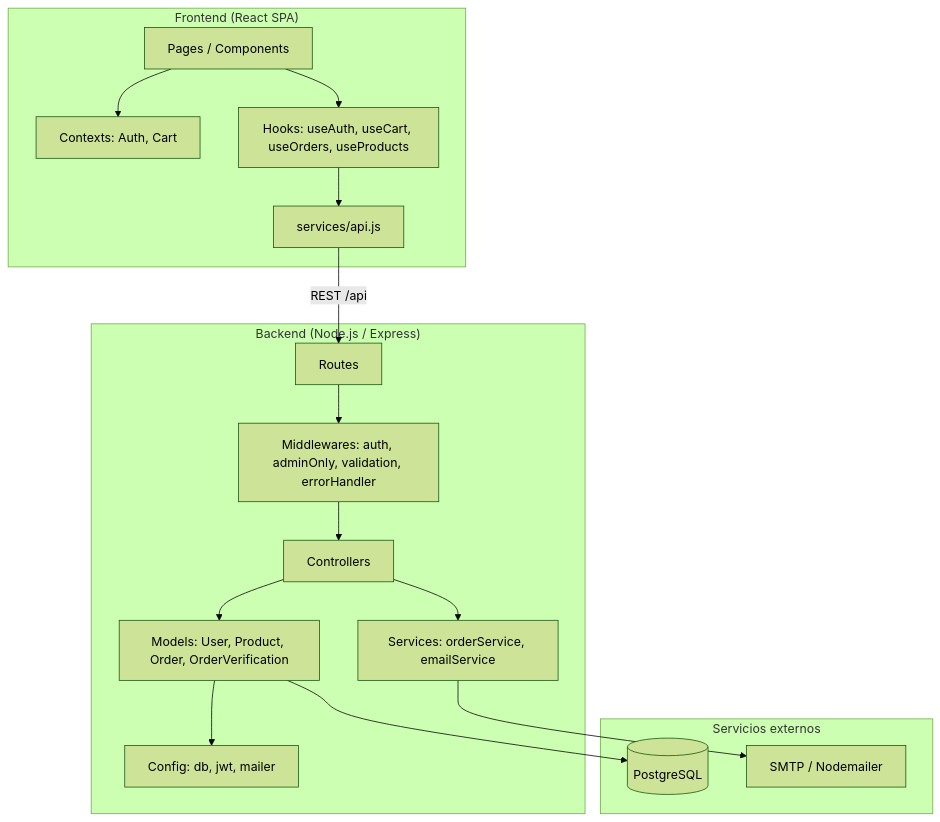
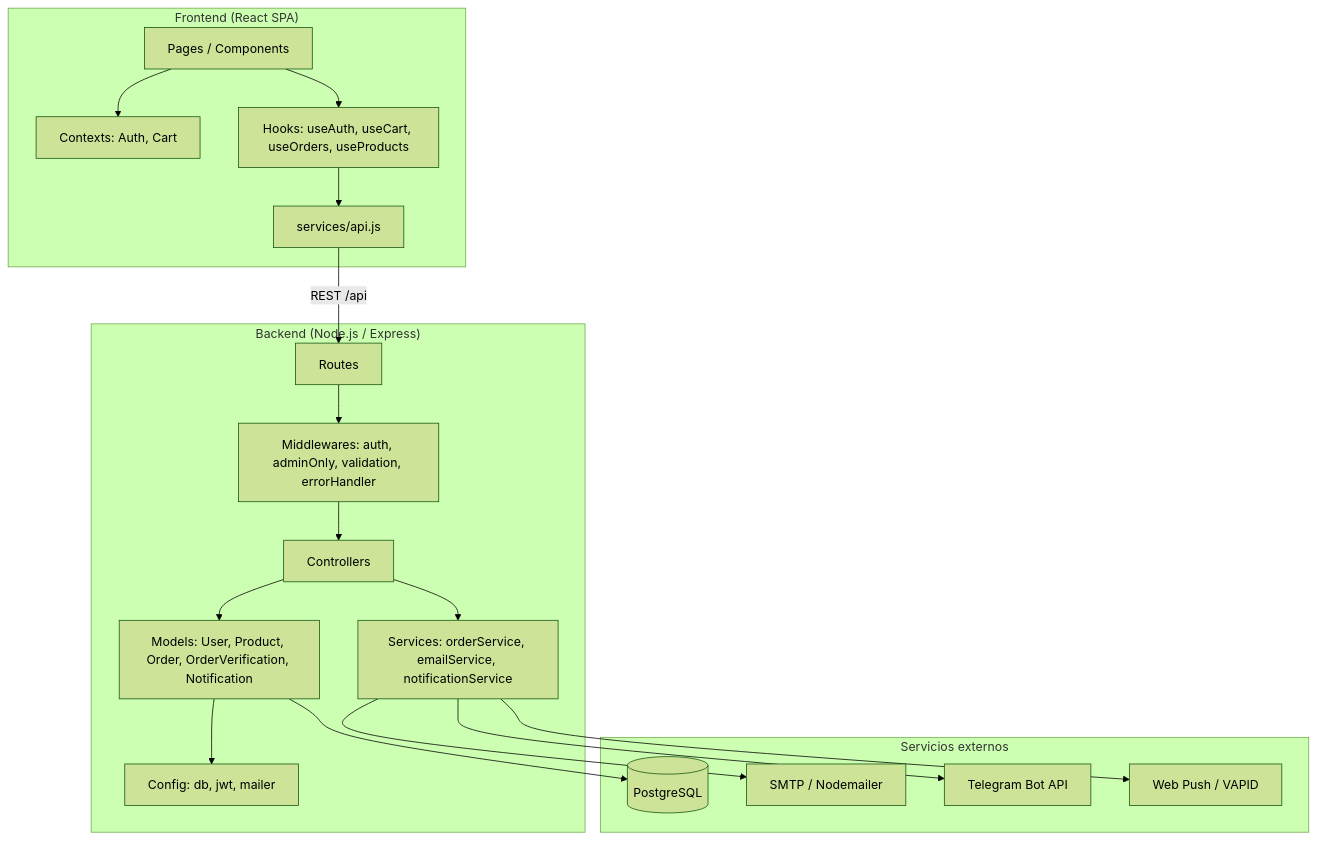
One commit to Johanx66/Proyecto-tienda-Steeven changed the third of 3 diagrams in docs/DIAGRAMA_CLASES_UML.md. Above: the diagram before and after it, drawn with Mermaid (forest theme). The commit also changed other lines of this file and 28 other files, not shown here.

````diff
--- a/docs/DIAGRAMA_CLASES_UML.md
+++ b/docs/DIAGRAMA_CLASES_UML.md
@@ -214,33 +262,37 @@
 ```mermaid
 flowchart TB
     subgraph Cliente["Frontend (React SPA)"]
         UI[Pages / Components]
         CTX[Contexts: Auth, Cart]
         HOOKS[Hooks: useAuth, useCart, useOrders, useProducts]
         API[services/api.js]
         UI --> CTX
         UI --> HOOKS
         HOOKS --> API
     end
 
     subgraph Backend["Backend (Node.js / Express)"]
         ROUTES[Routes]
         MW[Middlewares: auth, adminOnly, validation, errorHandler]
         CTRL[Controllers]
-        SVC[Services: orderService, emailService]
-        MODELS[Models: User, Product, Order, OrderVerification]
+        SVC[Services: orderService, emailService, notificationService]
+        MODELS[Models: User, Product, Order, OrderVerification, Notification]
         CONFIG[Config: db, jwt, mailer]
         ROUTES --> MW --> CTRL --> SVC
         CTRL --> MODELS
         MODELS --> CONFIG
     end
 
     subgraph Externos["Servicios externos"]
         PG[(PostgreSQL)]
         SMTP[SMTP / Nodemailer]
+        TELEGRAM[Telegram Bot API]
+        PUSH[Web Push / VAPID]
     end
 
     API -->|REST /api| ROUTES
     MODELS --> PG
     SVC --> SMTP
+    SVC --> TELEGRAM
+    SVC --> PUSH
 ```
````
